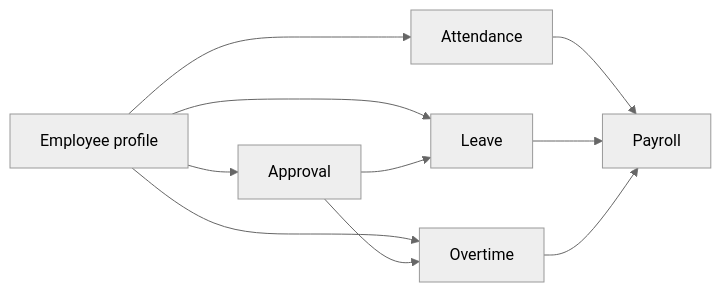
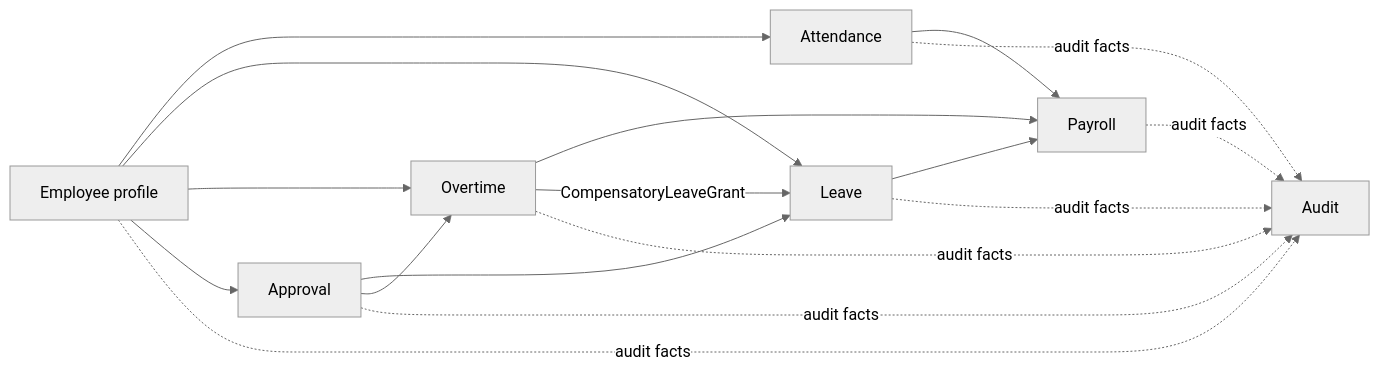
The diagram in docs/00-project/requirements.md (369sup/worksync-hr), drawn with Mermaid (neutral theme) before and after one commit. The commit also changed other lines of this file and 32 other files, not shown here.

Commit message:
Refine architecture docs and add docs check to CI

````diff
--- a/docs/00-project/requirements.md
+++ b/docs/00-project/requirements.md
@@ -7,12 +7,14 @@
 ```mermaid
 flowchart LR
   EMP[Employee profile] --> ATT[Attendance]
   EMP --> LEAVE[Leave]
   EMP --> OT[Overtime]
   EMP --> APPROVAL[Approval]
   APPROVAL --> LEAVE
   APPROVAL --> OT
   ATT --> PAY[Payroll]
   LEAVE --> PAY
   OT --> PAY
+  OT -->|CompensatoryLeaveGrant| LEAVE
+  EMP & ATT & LEAVE & OT & APPROVAL & PAY -. audit facts .-> AUDIT[Audit]
 ```
````
